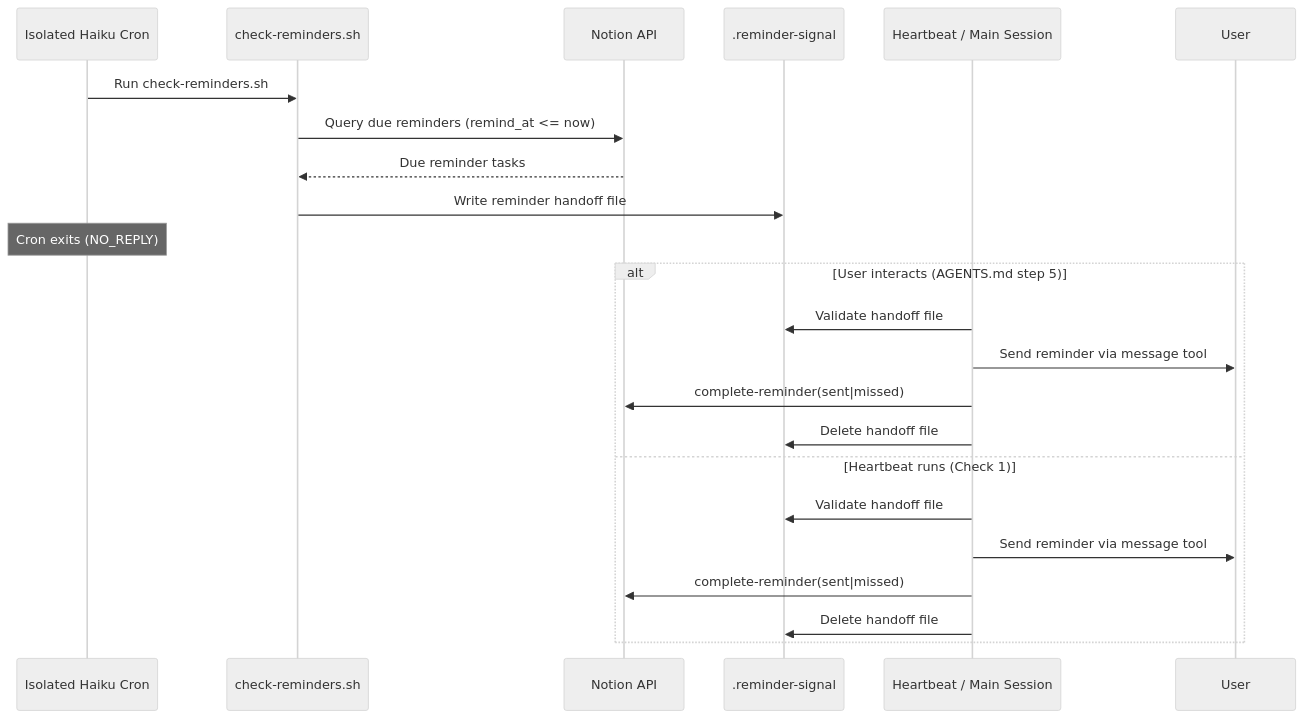
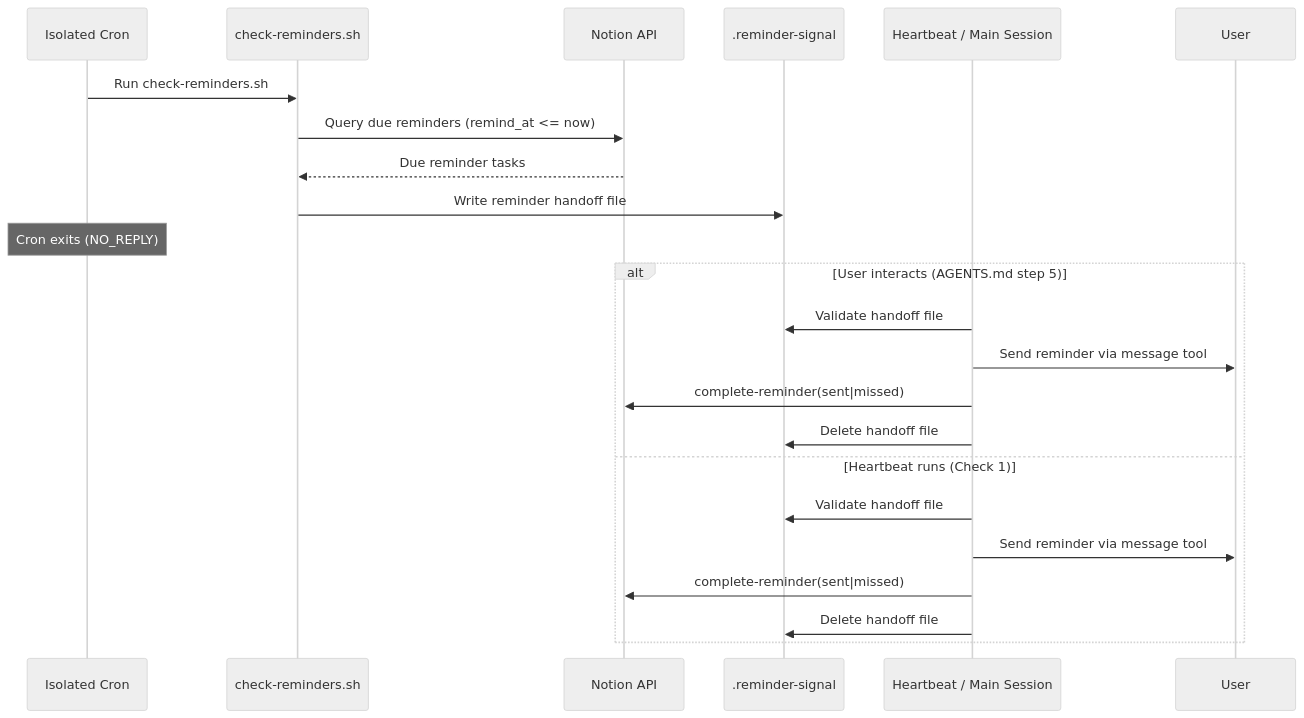
Diagram 22 of 28 in docs/user-interactions.md (NickBorgersProbably/hide-my-list), drawn with Mermaid (neutral theme) before and after one commit. The commit also changed other lines of this file and 6 other files, not shown here.

````diff
--- a/docs/user-interactions.md
+++ b/docs/user-interactions.md
@@ -745,26 +745,26 @@
 ```mermaid
 sequenceDiagram
-    participant Cron as Isolated Haiku Cron
+    participant Cron as Isolated Cron
     participant Scr as check-reminders.sh
     participant Notion as Notion API
     participant Signal as .reminder-signal
     participant Delivery as Heartbeat / Main Session
     participant User
 
     Cron->>Scr: Run check-reminders.sh
     Scr->>Notion: Query due reminders (remind_at <= now)
     Notion-->>Scr: Due reminder tasks
     Scr->>Signal: Write reminder handoff file
     Note over Cron: Cron exits (NO_REPLY)
     alt User interacts (AGENTS.md step 5)
         Delivery->>Signal: Validate handoff file
         Delivery->>User: Send reminder via message tool
         Delivery->>Notion: complete-reminder(sent|missed)
         Delivery->>Signal: Delete handoff file
     else Heartbeat runs (Check 1)
         Delivery->>Signal: Validate handoff file
         Delivery->>User: Send reminder via message tool
         Delivery->>Notion: complete-reminder(sent|missed)
         Delivery->>Signal: Delete handoff file
     end
 ```
````
